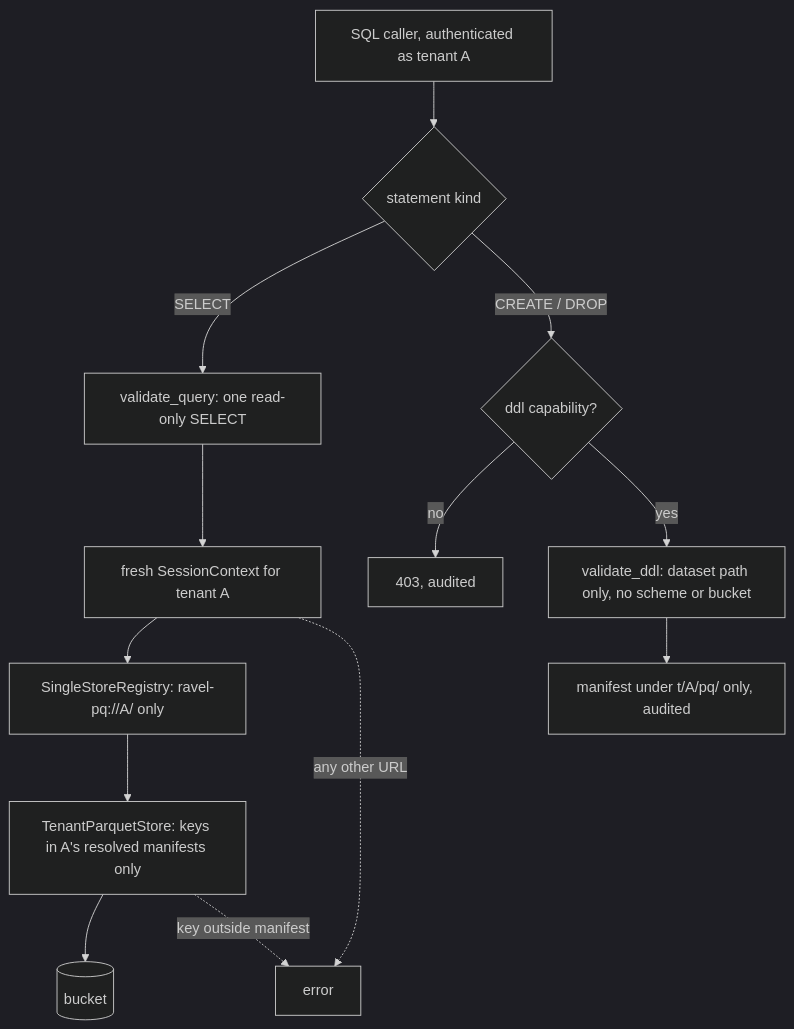
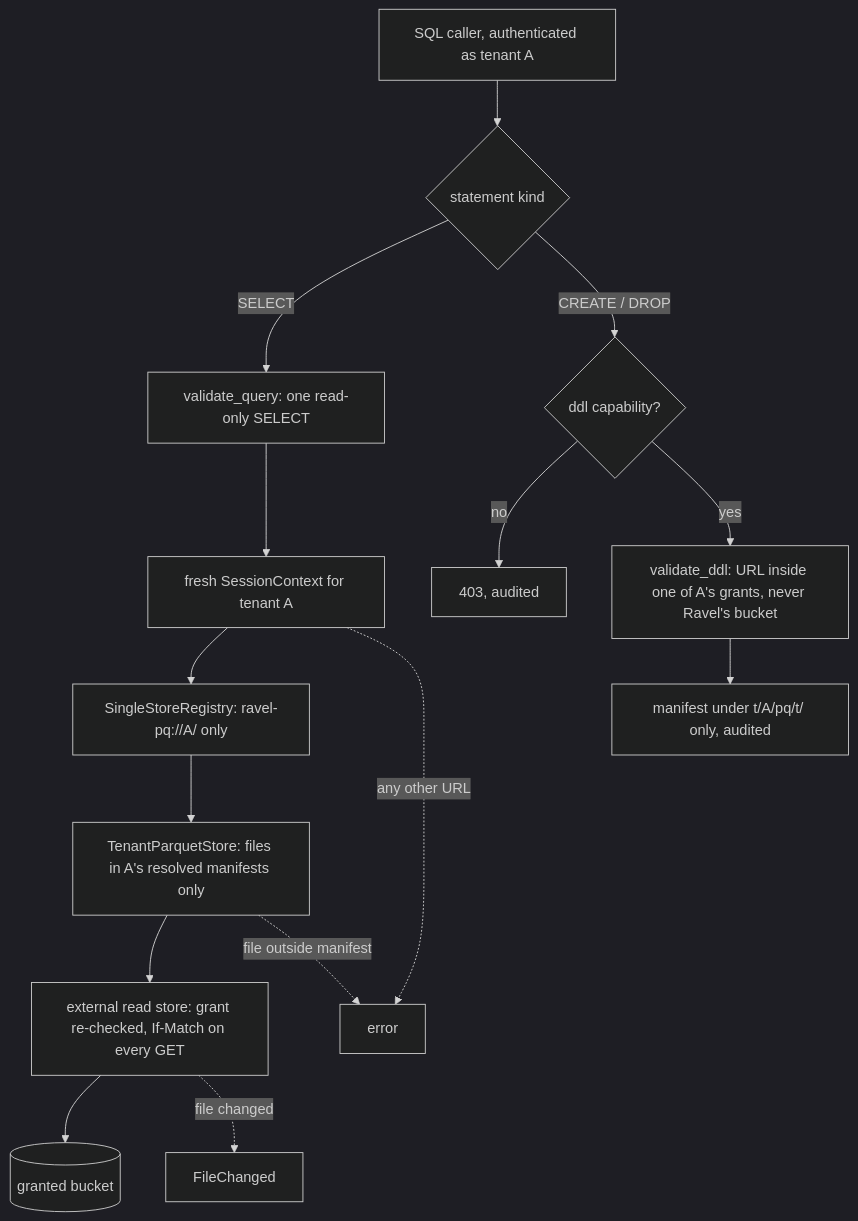
The second of 2 diagrams in docs/adrs/2040-parquet-tables-queried-in-place.md (NOFireAI/ravel), drawn with Mermaid (dark theme) before and after one commit. The commit also changed other lines of this file and 3 other files, not shown here.

````diff
--- a/docs/adrs/2040-parquet-tables-queried-in-place.md
+++ b/docs/adrs/2040-parquet-tables-queried-in-place.md
@@ -577,15 +737,17 @@
 ```mermaid
 flowchart TB
   caller[SQL caller, authenticated as tenant A] --> kind{statement kind}
   kind -->|SELECT| vq[validate_query: one read-only SELECT]
   kind -->|CREATE / DROP| cap{ddl capability?}
   cap -->|no| r403[403, audited]
-  cap -->|yes| vd[validate_ddl: dataset path only, no scheme or bucket]
-  vd --> w[manifest under t/A/pq/ only, audited]
+  cap -->|yes| vd[validate_ddl: URL inside one of A's grants, never Ravel's bucket]
+  vd --> w[manifest under t/A/pq/t/ only, audited]
   vq --> sess[fresh SessionContext for tenant A]
   sess --> reg[SingleStoreRegistry: ravel-pq://A/ only]
-  reg --> tps[TenantParquetStore: keys in A's resolved manifests only]
-  tps --> bucket[(bucket)]
+  reg --> tps[TenantParquetStore: files in A's resolved manifests only]
+  tps --> ext[external read store: grant re-checked, If-Match on every GET]
+  ext --> lake[(granted bucket)]
   sess -. any other URL .-> refuse[error]
-  tps -. key outside manifest .-> refuse
+  tps -. file outside manifest .-> refuse
+  ext -. file changed .-> changed[FileChanged]
 ```
````
